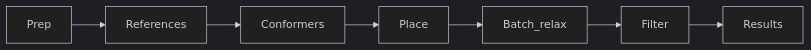
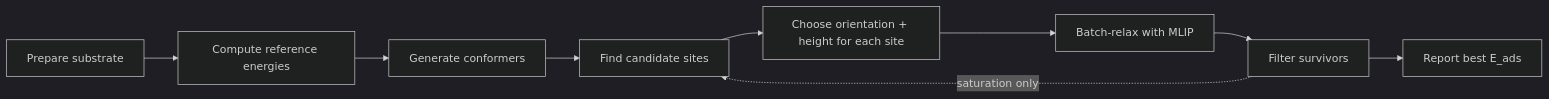
One commit to rlaplaza-lab/metalsurfer changed the diagram in CORE_SYSTEM_EXPLANATION.md. Above: the diagram before and after it, drawn with Mermaid (dark theme). The commit also changed other lines of this file and 17 other files, not shown here.

````diff
--- a/CORE_SYSTEM_EXPLANATION.md
+++ b/CORE_SYSTEM_EXPLANATION.md
@@ -50,9 +60,11 @@
 ```mermaid
 flowchart LR
-  prep[Prep] --> ref[References]
-  ref --> conf[Conformers]
-  conf --> place[Place]
-  place --> relax[Batch_relax]
-  relax --> filter[Filter]
-  filter --> out[Results]
+  prep[Prepare substrate] --> ref[Compute reference energies]
+  ref --> conf[Generate conformers]
+  conf --> sites[Find candidate sites]
+  sites --> pose[Choose orientation + height for each site]
+  pose --> relax[Batch-relax with MLIP]
+  relax --> filter[Filter survivors]
+  filter --> out[Report best E_ads]
+  filter -. saturation only .-> sites
 ```
````
